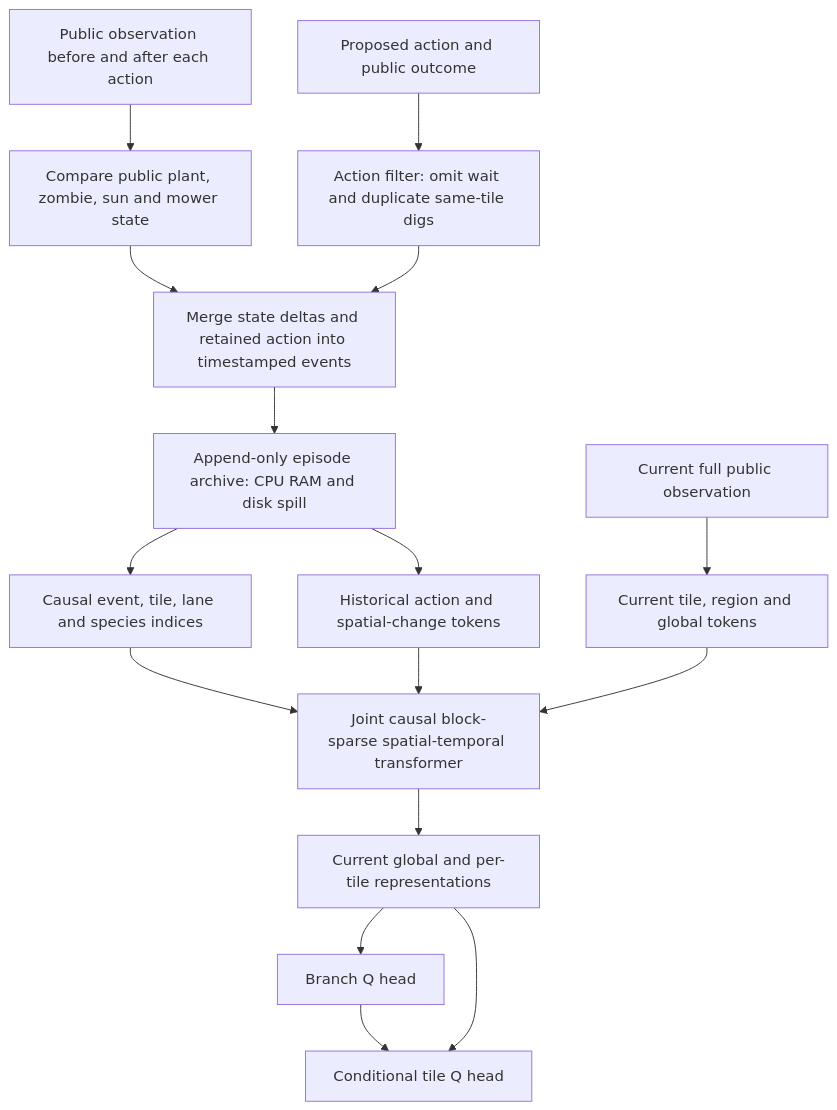
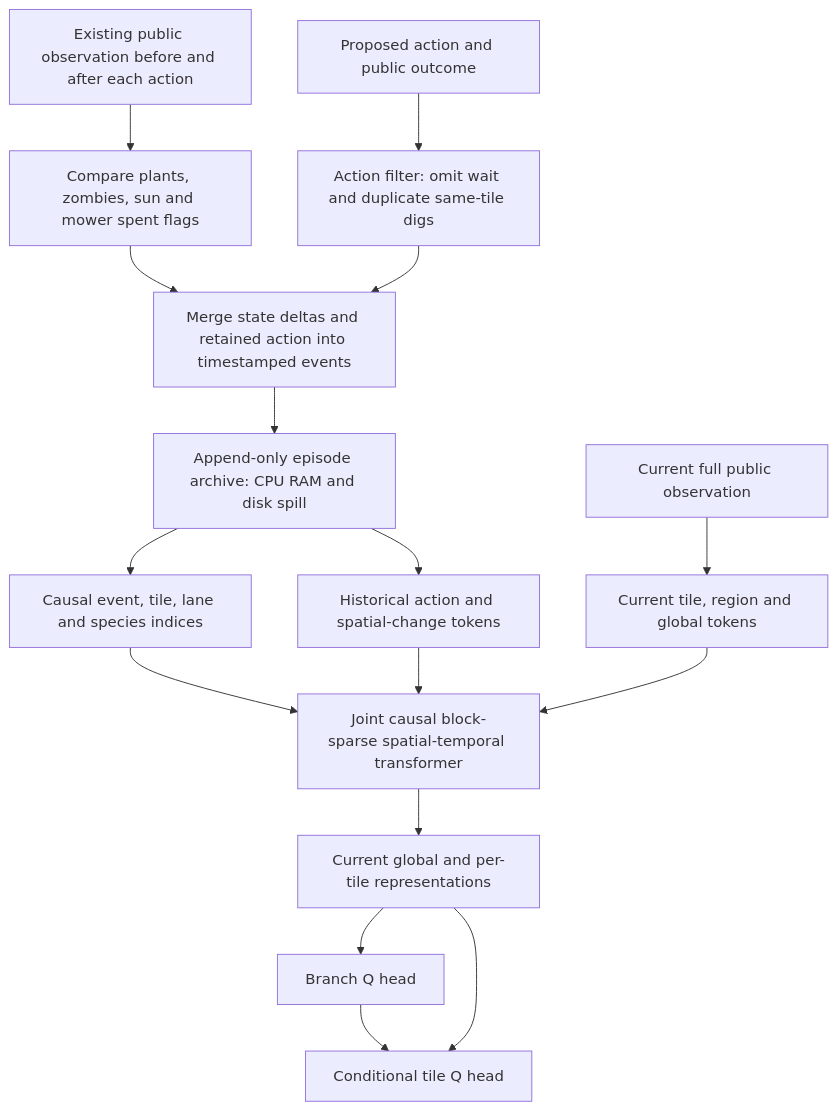
One commit to Comb1e/RL-Pvz changed the first of 2 diagrams in docs/full-game-memory.md. Above: the diagram before and after it, drawn with Mermaid. The commit also changed other lines of this file and 2 other files, not shown here.

Commit message:
docs(memory): retain existing mower spent input

````diff
--- a/docs/full-game-memory.md
+++ b/docs/full-game-memory.md
@@ -37,18 +36,18 @@
 ```mermaid
 flowchart TD
-    O[Public observation before and after each action] --> D[Compare public plant, zombie, sun and mower state]
+    O[Existing public observation before and after each action] --> D[Compare plants, zombies, sun and mower spent flags]
     P[Proposed action and public outcome] --> R[Action filter: omit wait and duplicate same-tile digs]
     D --> E[Merge state deltas and retained action into timestamped events]
     R --> E
     E --> A[Append-only episode archive: CPU RAM and disk spill]
     A --> I[Causal event, tile, lane and species indices]
     A --> H[Historical action and spatial-change tokens]
     C[Current full public observation] --> Q[Current tile, region and global tokens]
     H --> T[Joint causal block-sparse spatial-temporal transformer]
     Q --> T
     I --> T
     T --> V[Current global and per-tile representations]
     V --> B[Branch Q head]
     V --> L[Conditional tile Q head]
     B --> L
 ```
````
